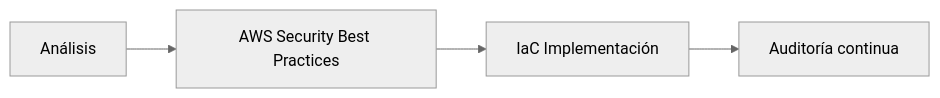
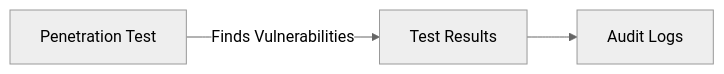
The third of 3 diagrams in Java_Elite/seguridad_ofensiva_y_auditoría_de_microservicios_con_java_21_STAFF.md (Joaquinriosheredia/DAM-Java-Mastery), drawn with Mermaid (neutral theme) before and after one commit. The commit also changed other lines of this file, not shown here.

Commit message:
feat: manual de autoridad sobre Seguridad Ofensiva y Auditoría de Microservicios con Java 21 (Staff Level)

````diff
--- a/Java_Elite/seguridad_ofensiva_y_auditoría_de_microservicios_con_java_21_STAFF.md
+++ b/Java_Elite/seguridad_ofensiva_y_auditoría_de_microservicios_con_java_21_STAFF.md
@@ -608,6 +217,5 @@
 ```mermaid
 graph LR;
-    A[Análisis] --> B[AWS Security Best Practices]
-    B --> C[IaC Implementación]
-    C --> D[Auditoría continua]
+    A[Penetration Test] -->|Finds Vulnerabilities| B[Test Results]
+    B --> C[Audit Logs]
 ```
````
